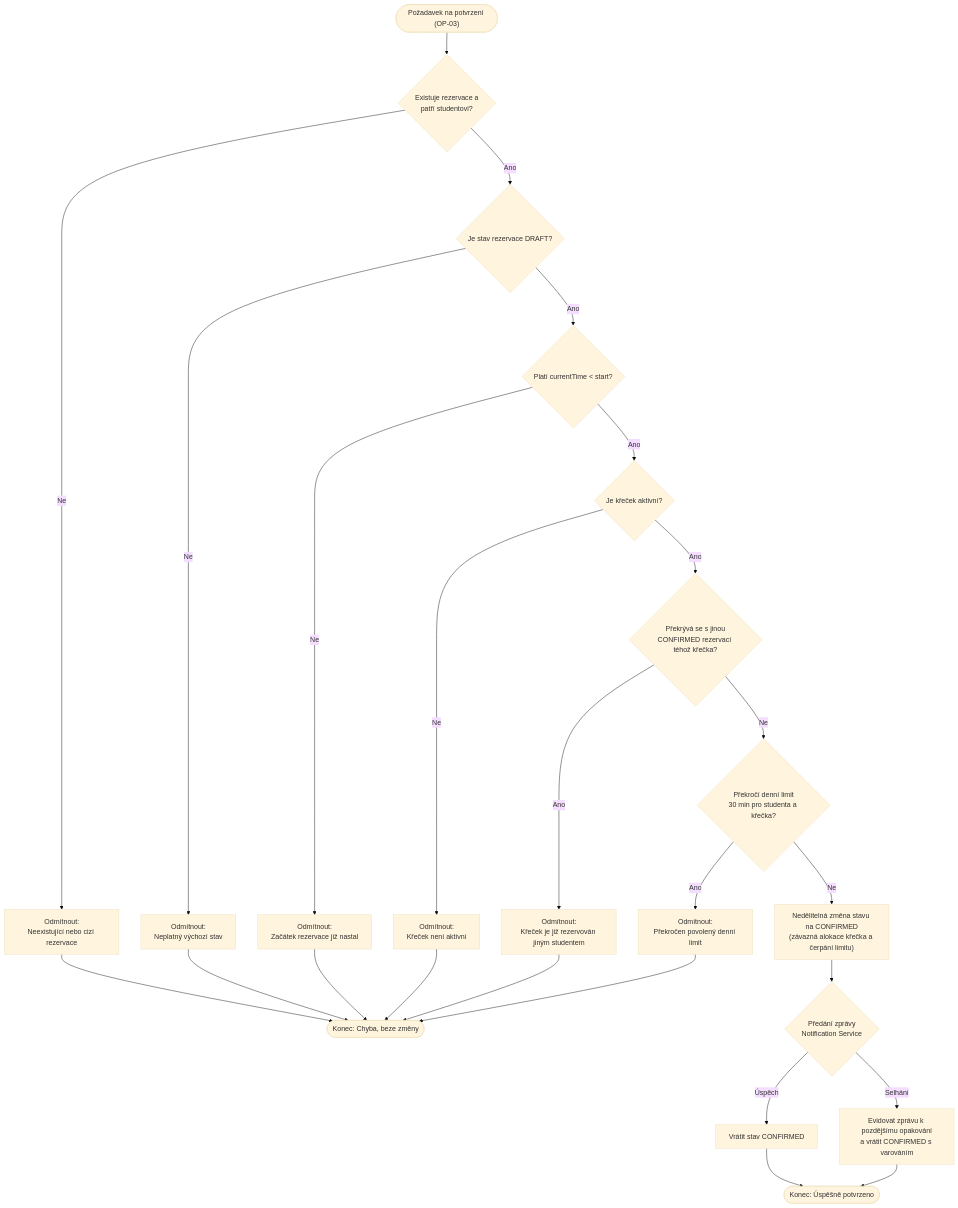
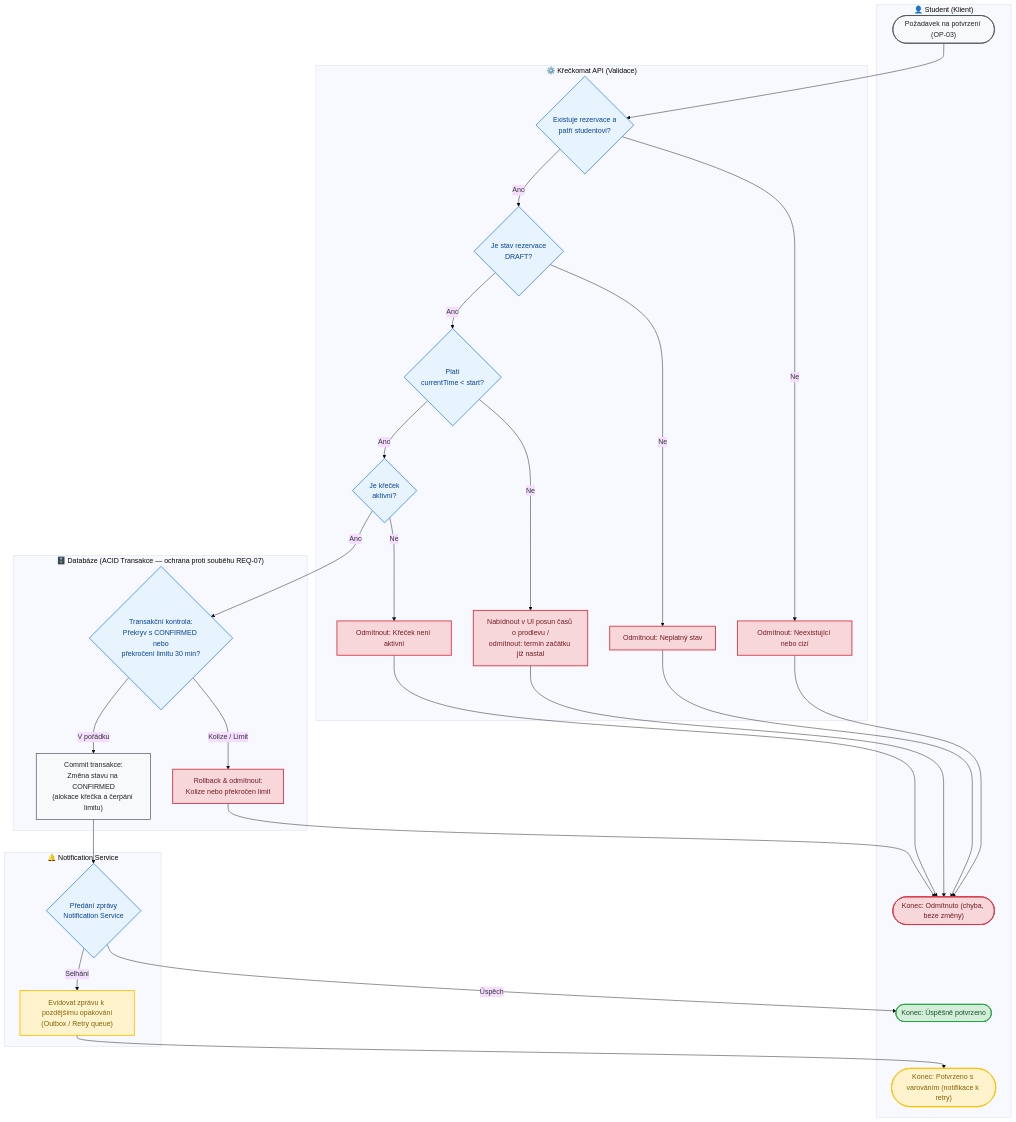
One commit to tomaskirnig/SWI_2027 changed the third of 6 diagrams in DIAGRAMS.md. Above: the diagram before and after it, drawn with Mermaid (base theme). The commit also changed other lines of this file and 1 other file, not shown here.

Commit message:
refactor: Refactored diagrams.md

````diff
--- a/DIAGRAMS.md
+++ b/DIAGRAMS.md
@@ -93,28 +118,57 @@
 ```mermaid
 flowchart TD
-    Start(["Požadavek na potvrzení (OP-03)"]) --> CheckAuth{"Existuje rezervace a\npatří studentovi?"}
+    classDef success fill:#d4edda,stroke:#28a745,stroke-width:2px,color:#155724;
+    classDef fail fill:#f8d7da,stroke:#dc3545,stroke-width:2px,color:#721c24;
+    classDef warn fill:#fff3cd,stroke:#ffc107,stroke-width:2px,color:#856404;
+    classDef decision fill:#e8f4fd,stroke:#0d6efd,stroke-width:1.5px,color:#084298;
+    classDef step fill:#f8f9fa,stroke:#495057,stroke-width:1.5px,color:#212529;
+
+    subgraph ClientLane["👤 Student (Klient)"]
+        ReqConfirm(["Požadavek na potvrzení (OP-03)"]):::step
+        RespSuccess(["Konec: Úspěšně potvrzeno"]):::success
+        RespWarning(["Konec: Potvrzeno s varováním (notifikace k retry)"]):::warn
+        RespFail(["Konec: Odmítnuto (chyba, beze změny)"]):::fail
+    end
+
+    subgraph ApiLane["⚙️ Křečkomat API (Validace)"]
+        CheckAuth{"Existuje rezervace a<br/>patří studentovi?"}:::decision
+        CheckState{"Je stav rezervace<br/>DRAFT?"}:::decision
+        CheckTime{"Platí<br/>currentTime < start?"}:::decision
+        PromptTime["Nabídnout v UI posun časů o prodlevu /<br/>odmítnout: termín začátku již nastal"]:::fail
+        CheckHamster{"Je křeček<br/>aktivní?"}:::decision
+        RejectAuth["Odmítnout: Neexistující nebo cizí"]:::fail
+        RejectState["Odmítnout: Neplatný stav"]:::fail
+        RejectHamster["Odmítnout: Křeček není aktivní"]:::fail
+    end
+
+    subgraph DbLane["🗄️ Databáze (ACID Transakce — ochrana proti souběhu REQ-07)"]
+        LockAndCheck{"Transakční kontrola:<br/>Překryv s CONFIRMED nebo<br/>překročení limitu 30 min?"}:::decision
+        RejectConflict["Rollback & odmítnout:<br/>Kolize nebo překročen limit"]:::fail
+        CommitConfirm["Commit transakce:<br/>Změna stavu na CONFIRMED<br/>(alokace křečka a čerpání limitu)"]:::step
+    end
+
+    subgraph NotifLane["🔔 Notification Service"]
+        SendNotif{"Předání zprávy<br/>Notification Service"}:::decision
+        EnqueueRetry["Evidovat zprávu k pozdějšímu opakování<br/>(Outbox / Retry queue)"]:::warn
+    end
+
+    ReqConfirm --> CheckAuth
+    CheckAuth -- "Ne" --> RejectAuth --> RespFail
+    CheckAuth -- "Ano" --> CheckState
     
-    CheckAuth -- "Ne" --> RejectNotFound["Odmítnout:\nNeexistující nebo cizí rezervace"] --> EndFail(["Konec: Chyba, beze změny"])
+    CheckState -- "Ne" --> RejectState --> RespFail
+    CheckState -- "Ano" --> CheckTime
     
-    CheckAuth -- "Ano" --> CheckState{"Je stav rezervace DRAFT?"}
-    CheckState -- "Ne" --> RejectState["Odmítnout:\nNeplatný výchozí stav"] --> EndFail
+    CheckTime -- "Ne" --> PromptTime --> RespFail
+    CheckTime -- "Ano" --> CheckHamster
     
-    CheckState -- "Ano" --> CheckTime{"Platí currentTime < start?"}
-    CheckTime -- "Ne" --> RejectTime["Odmítnout:\nZačátek rezervace již nastal"] --> EndFail
-    
-    CheckTime -- "Ano" --> CheckHamster{"Je křeček aktivní?"}
-    CheckHamster -- "Ne" --> RejectHamster["Odmítnout:\nKřeček není aktivní"] --> EndFail
-    
-    CheckHamster -- "Ano" --> CheckConflict{"Překrývá se s jinou\nCONFIRMED rezervací téhož křečka?"}
-    CheckConflict -- "Ano" --> RejectConflict["Odmítnout:\nKřeček je již rezervován jiným studentem"] --> EndFail
-    
-    CheckConflict -- "Ne" --> CheckLimit{"Překročí denní limit\n30 min pro studenta a křečka?"}
-    CheckLimit -- "Ano" --> RejectLimit["Odmítnout:\nPřekročen povolený denní limit"] --> EndFail
-    
-    CheckLimit -- "Ne" --> CommitConfirm["Nedělitelná změna stavu na CONFIRMED\n(závazná alokace křečka a čerpání limitu)"]
-    
-    CommitConfirm --> SendNotif{"Předání zprávy\nNotification Service"}
-    
-    SendNotif -- "Úspěch" --> ReturnSuccess["Vrátit stav CONFIRMED"] --> EndSuccess(["Konec: Úspěšně potvrzeno"])
-    SendNotif -- "Selhání" --> ReturnWarning["Evidovat zprávu k pozdějšímu opakování\na vrátit CONFIRMED s varováním"] --> EndSuccess
+    CheckHamster -- "Ne" --> RejectHamster --> RespFail
+    CheckHamster -- "Ano" --> LockAndCheck
+
+    LockAndCheck -- "Kolize / Limit" --> RejectConflict --> RespFail
+    LockAndCheck -- "V pořádku" --> CommitConfirm
+
+    CommitConfirm --> SendNotif
+    SendNotif -- "Úspěch" --> RespSuccess
+    SendNotif -- "Selhání" --> EnqueueRetry --> RespWarning
 ```
````
